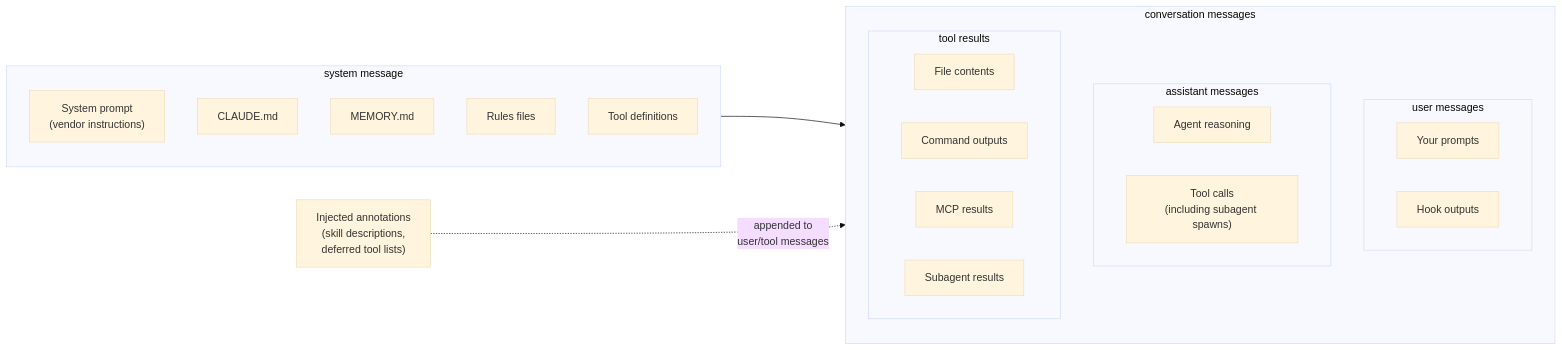
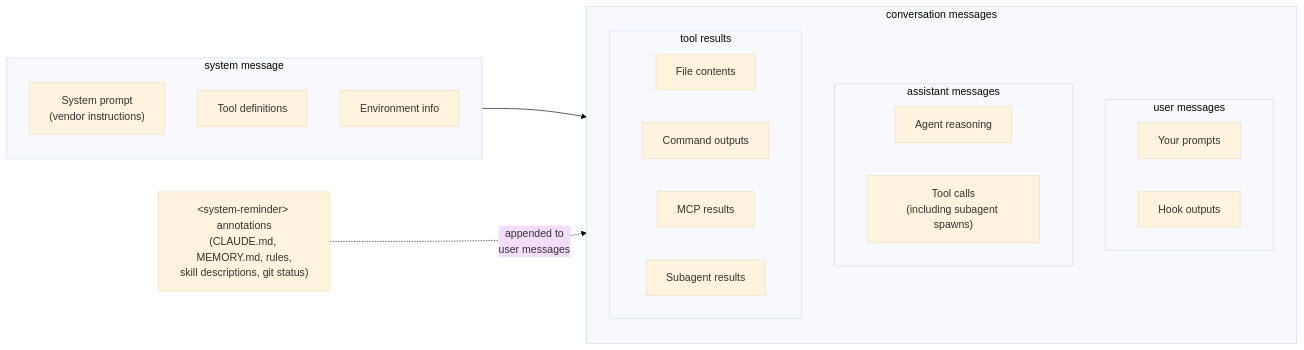
One commit to popescualextraian/shipped-by-agents changed the fourth of 9 diagrams in technical/04_the-big-picture/04_the-big-picture.md. Above: the diagram before and after it, drawn with Mermaid (base theme). The commit also changed other lines of this file and 1 other file, not shown here.

First line of the commit message:
Fix context loading docs: CLAUDE.md and MEMORY.md are system-reminder annotations on user messages, not system prompt

````diff
--- a/technical/04_the-big-picture/04_the-big-picture.md
+++ b/technical/04_the-big-picture/04_the-big-picture.md
@@ -215,34 +215,32 @@
 ```mermaid
 flowchart LR
     subgraph system["system message"]
         S1["System prompt<br/>(vendor instructions)"]
-        S2["CLAUDE.md"]
-        S3["MEMORY.md"]
-        S4["Rules files"]
         S5["Tool definitions"]
+        S6["Environment info"]
     end
 
     subgraph conversation["conversation messages"]
         subgraph user["user messages"]
             U1["Your prompts"]
             U2["Hook outputs"]
         end
 
         subgraph assistant["assistant messages"]
             A1["Agent reasoning"]
             A2["Tool calls<br/>(including subagent spawns)"]
         end
 
         subgraph tool["tool results"]
             T1["File contents"]
             T2["Command outputs"]
             T3["MCP results"]
             T4["Subagent results"]
         end
     end
 
-    annotations["Injected annotations<br/>(skill descriptions,<br/>deferred tool lists)"]
+    annotations["&lt;system-reminder&gt; annotations<br/>(CLAUDE.md, MEMORY.md, rules,<br/>skill descriptions, git status)"]
 
     system --> conversation
-    annotations -.->|appended to<br/>user/tool messages| conversation
+    annotations -.->|appended to<br/>user messages| conversation
 ```
````
